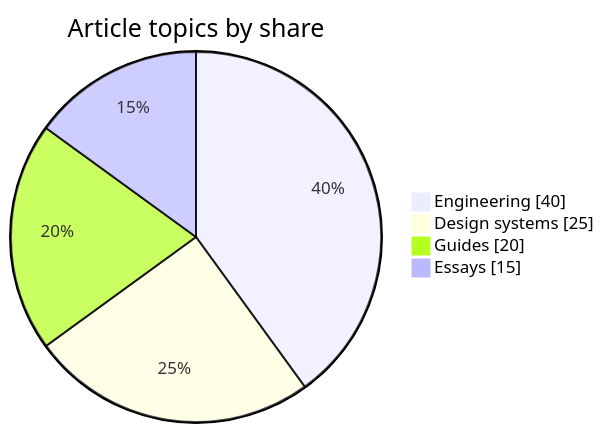
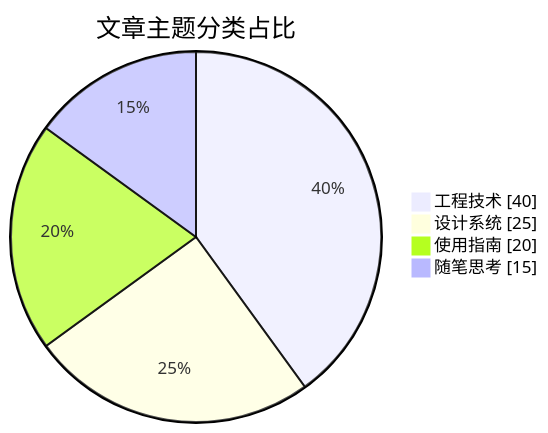
Before and after one commit to Dawn6666666/Shirone: the seventh of 14 diagrams in src/content/posts/markdown-mermaid.md, drawn with Mermaid. The commit also changed other lines of this file and 28 other files, not shown here.

````diff
--- a/src/content/posts/markdown-mermaid.md
+++ b/src/content/posts/markdown-mermaid.md
@@ -154,10 +154,10 @@
 ```mermaid
 pie showData
-    accTitle: Article topics by share
-    accDescr: Engineering accounts for forty percent, design systems for twenty-five percent, and the remainder is split between guides and essays.
-    title Article topics by share
-    "Engineering" : 40
-    "Design systems" : 25
-    "Guides" : 20
-    "Essays" : 15
+    accTitle: 文章主题分类占比
+    accDescr: 工程技术占百分之四十，设计系统占百分之二十五，其余为指南与随笔。
+    title 文章主题分类占比
+    "工程技术" : 40
+    "设计系统" : 25
+    "使用指南" : 20
+    "随笔思考" : 15
 ```
````
